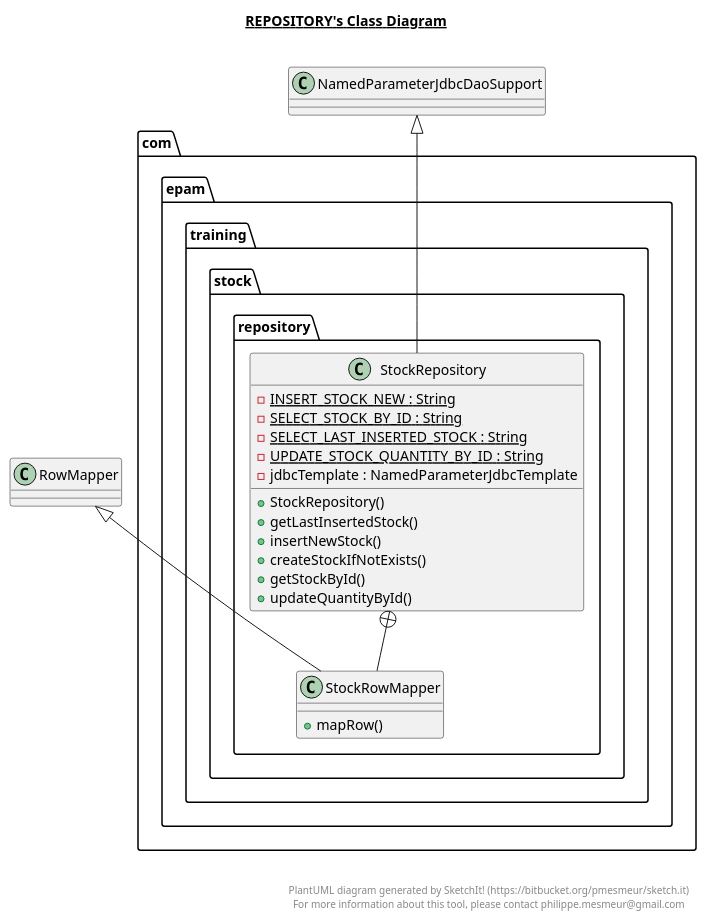
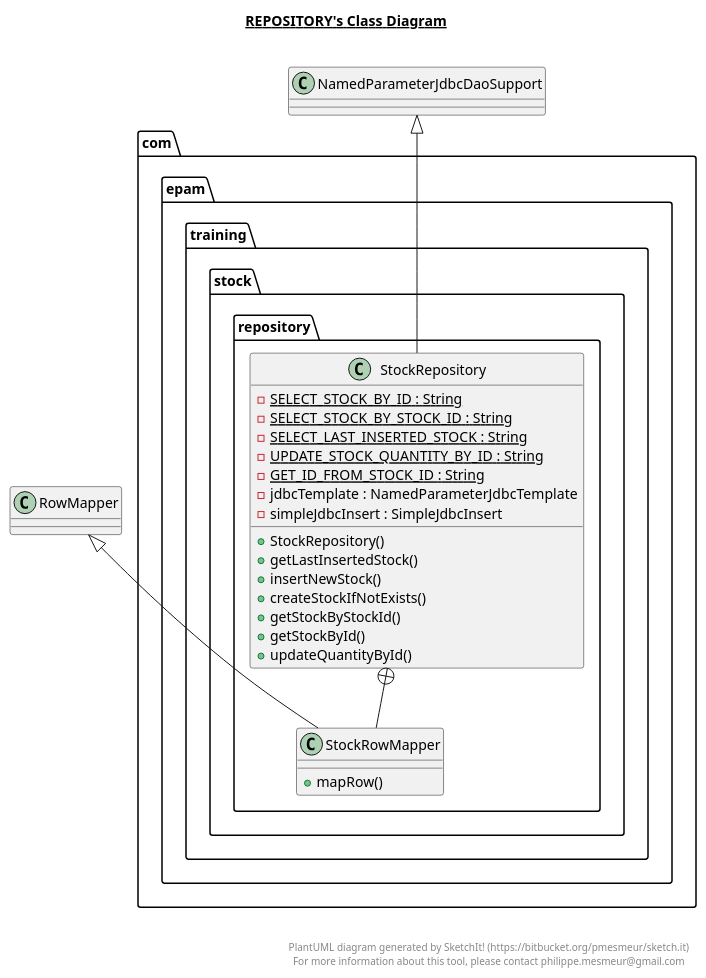
One commit to nik-nenkov/tutoring-rest-api-with-java changed the diagram in src/main/java/com/epam/training/stock/repository/repository.plantuml. Above: the diagram before and after it, drawn with PlantUML. The commit also changed 111 other files, not shown here.

```diff
--- a/src/main/java/com/epam/training/stock/repository/repository.plantuml
+++ b/src/main/java/com/epam/training/stock/repository/repository.plantuml
@@ -1,49 +1,52 @@
 @startuml
 
 title __REPOSITORY's Class Diagram__\n
 
   package com.epam.training {
     package com.epam.training.stock {
       package com.epam.training.stock.repository {
         class StockRepository {
-            {static} - INSERT_STOCK_NEW : String
             {static} - SELECT_STOCK_BY_ID : String
+            {static} - SELECT_STOCK_BY_STOCK_ID : String
             {static} - SELECT_LAST_INSERTED_STOCK : String
             {static} - UPDATE_STOCK_QUANTITY_BY_ID : String
+            {static} - GET_ID_FROM_STOCK_ID : String
             - jdbcTemplate : NamedParameterJdbcTemplate
+            - simpleJdbcInsert : SimpleJdbcInsert
             + StockRepository()
             + getLastInsertedStock()
             + insertNewStock()
             + createStockIfNotExists()
+            + getStockByStockId()
             + getStockById()
             + updateQuantityById()
         }
       }
     }
   }
   
 
   package com.epam.training {
     package com.epam.training.stock {
       package com.epam.training.stock.repository {
         class StockRowMapper {
             + mapRow()
         }
       }
     }
   }
   
 
   StockRepository -up-|> NamedParameterJdbcDaoSupport
   StockRepository +-down- StockRowMapper
   StockRowMapper -up-|> RowMapper
 
 
 right footer
 
 
 PlantUML diagram generated by SketchIt! (https://bitbucket.org/pmesmeur/sketch.it)
 For more information about this tool, please contact philippe.mesmeur@gmail.com
 endfooter
 
 @enduml
```
